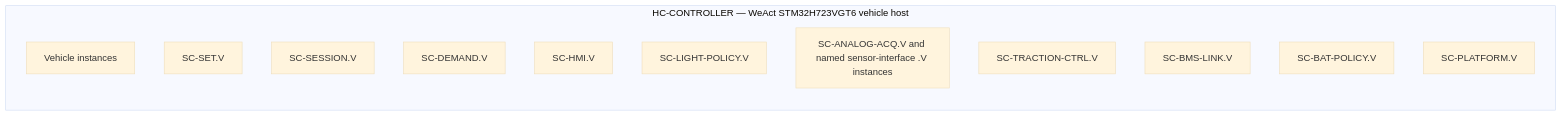
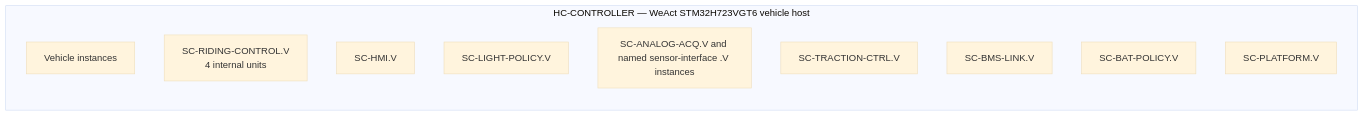
One commit to dhellhake/X2CityMCU changed the seventh of 9 diagrams in .devenv/Architecture/SoftwareArchitecture/DetailedDesign/DD-003_Static_Software_Architecture_Views.md. Above: the diagram before and after it, drawn with Mermaid (base theme). The commit also changed other lines of this file and 93 other files, not shown here.

Commit message:
Refactored RidingControl on System Architecture

````diff
--- a/.devenv/Architecture/SoftwareArchitecture/DetailedDesign/DD-003_Static_Software_Architecture_Views.md
+++ b/.devenv/Architecture/SoftwareArchitecture/DetailedDesign/DD-003_Static_Software_Architecture_Views.md
@@ -244,17 +245,16 @@
 ```mermaid
 flowchart LR
     subgraph HV[HC-CONTROLLER — WeAct STM32H723VGT6 vehicle host]
         direction TB
         VV[Vehicle instances]
-        V1[SC-SET.V]
-        V2[SC-SESSION.V]
-        V3[SC-DEMAND.V]
+        V1[SC-RIDING-CONTROL.V
+4 internal units]
         V4[SC-HMI.V]
         V5[SC-LIGHT-POLICY.V]
         V6[SC-ANALOG-ACQ.V and named sensor-interface .V instances]
         V7[SC-TRACTION-CTRL.V]
         V8[SC-BMS-LINK.V]
         V9[SC-BAT-POLICY.V]
         V10[SC-PLATFORM.V]
     end
 ```
````
